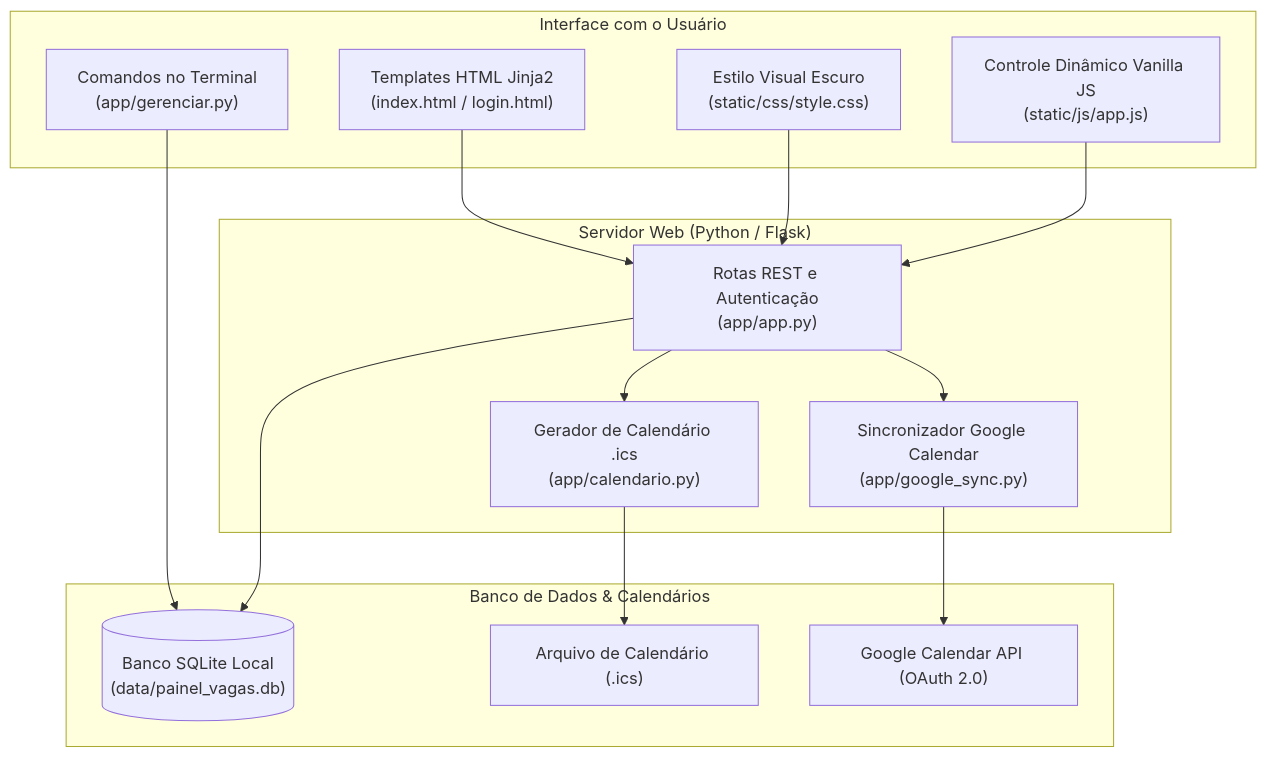
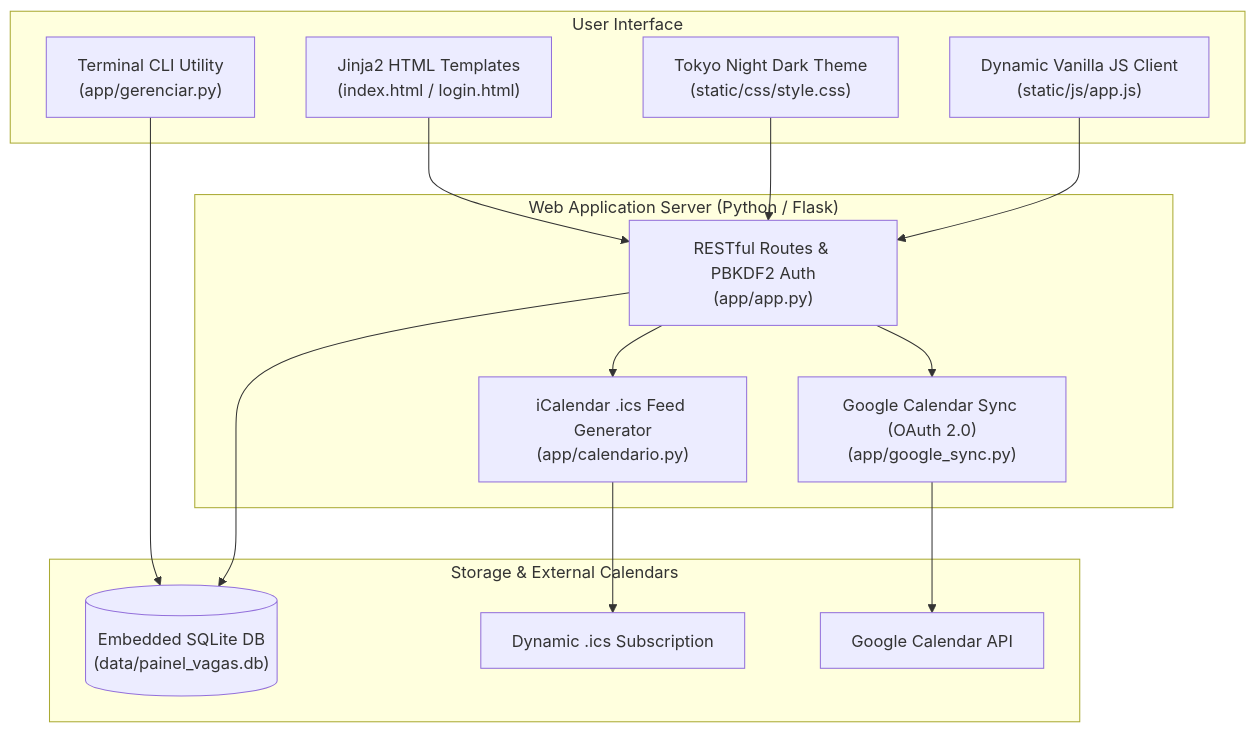
One commit to VPariz/painel-vagas-flask changed the diagram in README.md. Above: the diagram before and after it, drawn with Mermaid. The commit also changed other lines of this file, not shown here.

````diff
--- a/README.md
+++ b/README.md
@@ -9,27 +15,27 @@
 ```mermaid
 flowchart TD
-    subgraph INTERFACE["Interface com o Usuário"]
-        HTML["Templates HTML Jinja2<br/>(index.html / login.html)"]
-        CSS["Estilo Visual Escuro<br/>(static/css/style.css)"]
-        JS["Controle Dinâmico Vanilla JS<br/>(static/js/app.js)"]
-        CLI["Comandos no Terminal<br/>(app/gerenciar.py)"]
+    subgraph UI["User Interface"]
+        HTML["Jinja2 HTML Templates<br/>(index.html / login.html)"]
+        CSS["Tokyo Night Dark Theme<br/>(static/css/style.css)"]
+        JS["Dynamic Vanilla JS Client<br/>(static/js/app.js)"]
+        CLI["Terminal CLI Utility<br/>(app/gerenciar.py)"]
     end
 
-    subgraph SERVIDOR["Servidor Web (Python / Flask)"]
-        APP["Rotas REST e Autenticação<br/>(app/app.py)"]
-        CAL["Gerador de Calendário .ics<br/>(app/calendario.py)"]
-        SYNC["Sincronizador Google Calendar<br/>(app/google_sync.py)"]
+    subgraph BACKEND["Web Application Server (Python / Flask)"]
+        APP["RESTful Routes & PBKDF2 Auth<br/>(app/app.py)"]
+        CAL["iCalendar .ics Feed Generator<br/>(app/calendario.py)"]
+        SYNC["Google Calendar Sync (OAuth 2.0)<br/>(app/google_sync.py)"]
     end
 
-    subgraph DADOS["Banco de Dados & Calendários"]
-        DB[("Banco SQLite Local<br/>(data/painel_vagas.db)")]
-        ICS["Arquivo de Calendário (.ics)"]
-        GAPI["Google Calendar API (OAuth 2.0)"]
+    subgraph PERSISTENCE["Storage & External Calendars"]
+        DB[("Embedded SQLite DB<br/>(data/painel_vagas.db)")]
+        ICS["Dynamic .ics Subscription"]
+        GAPI["Google Calendar API"]
     end
 
     HTML & CSS & JS --> APP
     CLI --> DB
     APP --> DB
     APP --> CAL --> ICS
     APP --> SYNC --> GAPI
 ```
````
